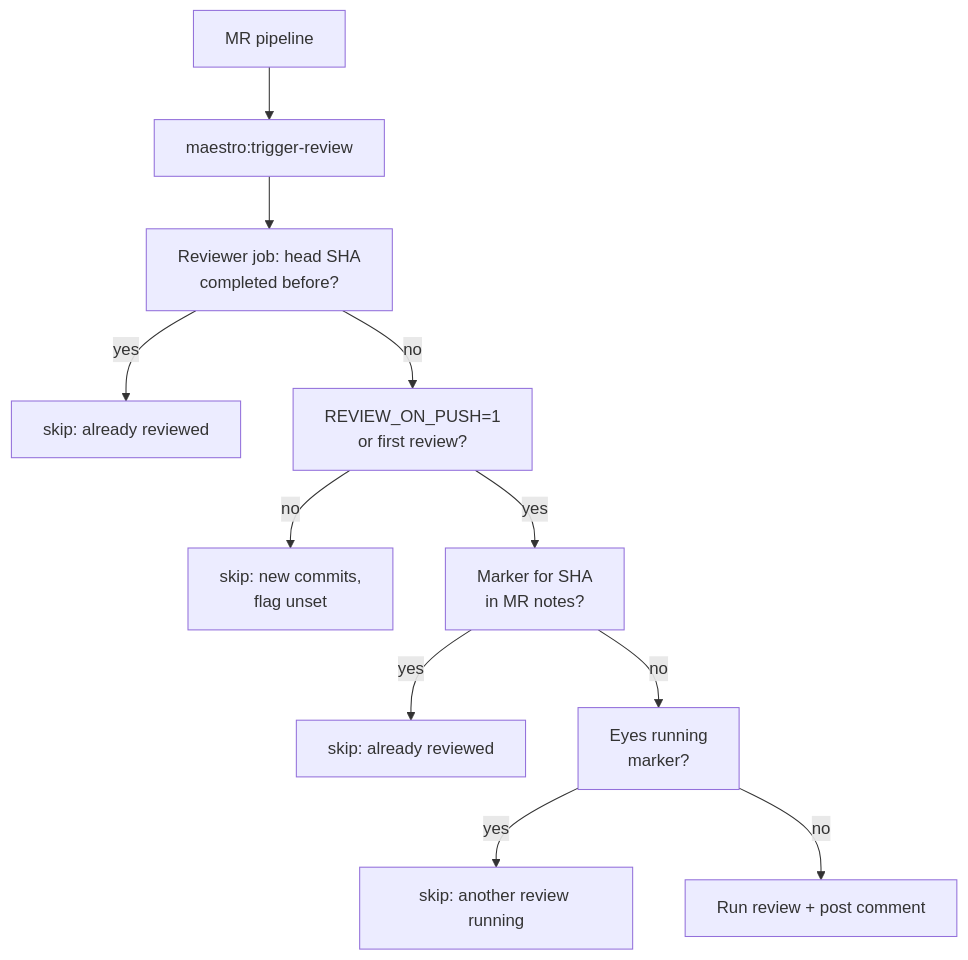
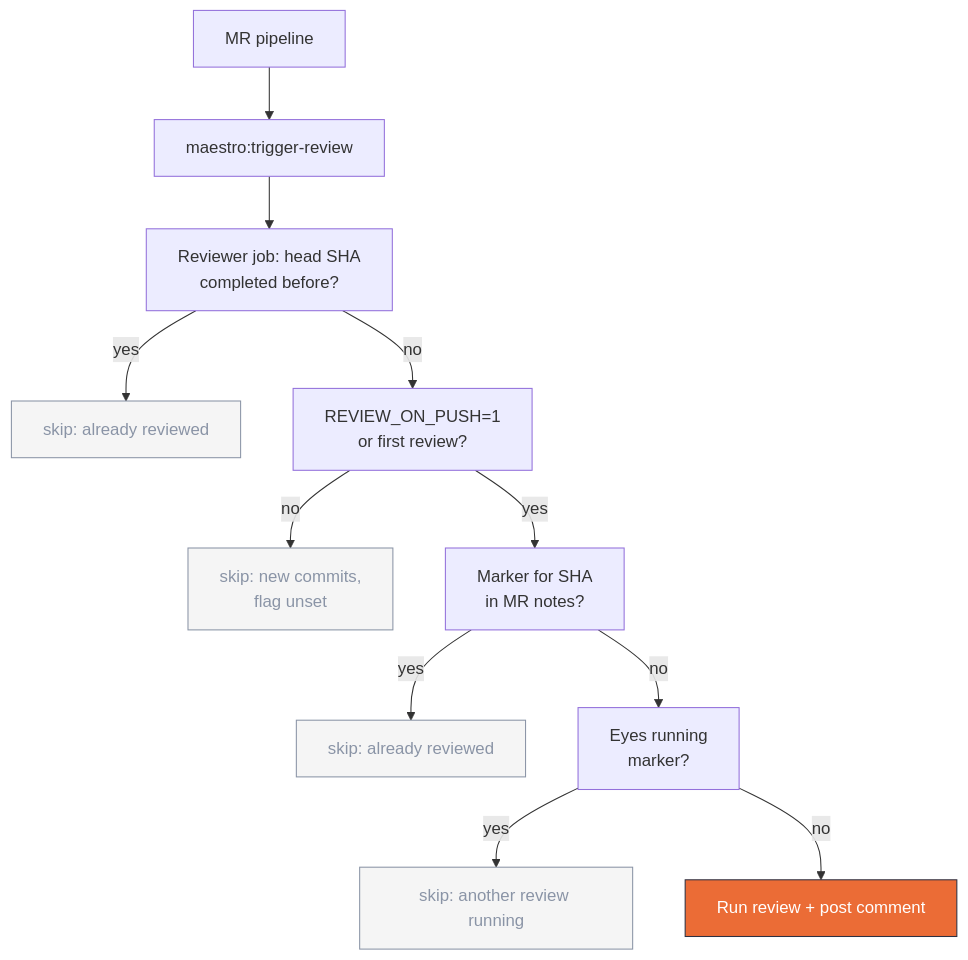
The first of 2 diagrams in docs/ci-reviewer-setup.md (ddtcorex/dsh-maestro-review), drawn with Mermaid before and after one commit. The commit also changed other lines of this file and 1 other file, not shown here.

First line of the commit message:
docs(review): sync stale :latest claims, style diagrams, allowlist Docker context (#89)

````diff
--- a/docs/ci-reviewer-setup.md
+++ b/docs/ci-reviewer-setup.md
@@ -135,13 +137,18 @@
 ```mermaid
 flowchart TB
   A["MR pipeline"] --> B["maestro:trigger-review"]
   B --> C["Reviewer job: head SHA\ncompleted before?"]
   C -- yes --> D["skip: already reviewed"]
   C -- no --> E["REVIEW_ON_PUSH=1\nor first review?"]
   E -- no --> F["skip: new commits,\nflag unset"]
   E -- yes --> G["Marker for SHA\nin MR notes?"]
   G -- yes --> H["skip: already reviewed"]
   G -- no --> I["Eyes running\nmarker?"]
   I -- yes --> J["skip: another review running"]
   I -- no --> K["Run review + post comment"]
+
+  classDef focal fill:#eb6c36,stroke:#2d3142,color:#fff
+  classDef muted fill:#f5f5f5,stroke:#8a94a6,color:#8a94a6
+  class K focal
+  class D,F,H,J muted
 ```
````
